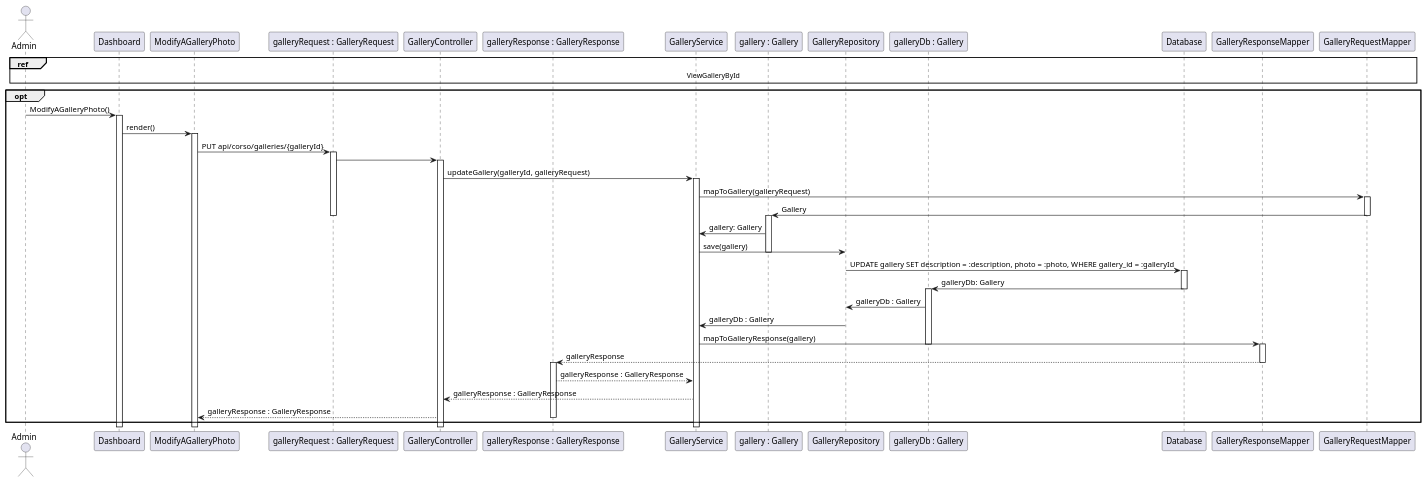
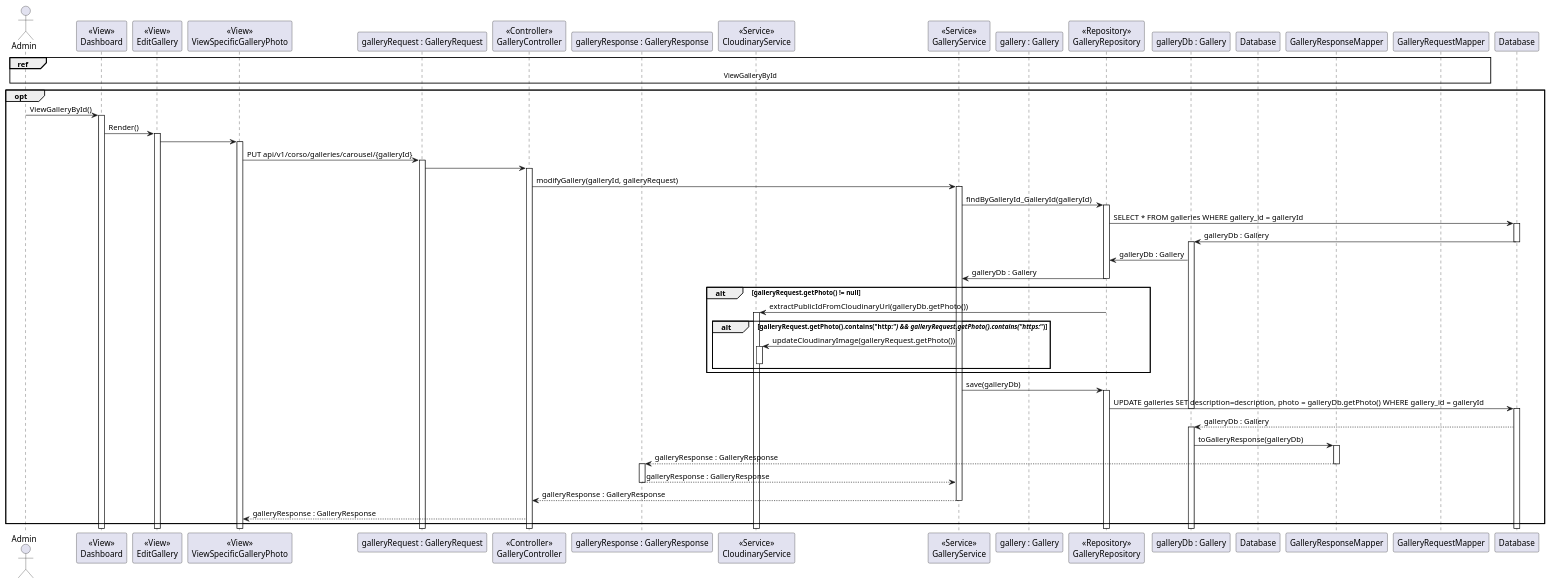
The diagram in Diagrams/LLSD/Galleries/modify_gallery_photo_llsd.puml (DylanBrass/Corso-Website), drawn with PlantUML before and after one commit. The commit also changed 2 other files, not shown here.

Commit message:
diagrams for modify gallery

```diff
--- a/Diagrams/LLSD/Galleries/modify_gallery_photo_llsd.puml
+++ b/Diagrams/LLSD/Galleries/modify_gallery_photo_llsd.puml
@@ -1,95 +1,121 @@
 @startuml
 actor Admin
 
-participant "Dashboard" as DashB
+participant "<<View>>\nDashboard" as DashB
 
-participant "ModifyAGalleryPhoto" as ModifyAGallery
+participant "<<View>>\nEditGallery" as ModifyAGallery
+
+participant "<<View>>\nViewSpecificGalleryPhoto" as ViewSpecificGalleryPhoto
 
 participant "galleryRequest : GalleryRequest" as GalleryRequest
 
-participant "GalleryController" as GalleryController
+participant "<<Controller>>\nGalleryController" as GalleryController
 
 participant "galleryResponse : GalleryResponse" as GalleryResponse
 
-participant "GalleryService" as GalleryService
+participant "<<Service>>\nCloudinaryService" as CloudinaryService
+
+participant "<<Service>>\nGalleryService" as GalleryService
 
 participant "gallery : Gallery" as Gallery
 
-participant "GalleryRepository" as GalleryRepository
+participant "<<Repository>>\nGalleryRepository" as GalleryRepository
 
 participant "galleryDb : Gallery" as GalleryDb
 
 participant "Database" as Db
 
 participant "GalleryResponseMapper" as GalleryResponseMapper
 
 participant "GalleryRequestMapper" as GalleryRequestMapper
 
-ref over Admin, DashB, ModifyAGallery, GalleryRequest, GalleryController, GalleryResponse, GalleryService, Gallery, GalleryRepository, GalleryDb, Db, GalleryResponseMapper, GalleryRequestMapper
+ref over Admin, DashB, ModifyAGallery, ViewSpecificGalleryPhoto, GalleryRequest, GalleryController, GalleryResponse, CloudinaryService, GalleryService, Gallery, GalleryRepository, GalleryDb, Db, GalleryResponseMapper, GalleryRequestMapper
     ViewGalleryById
 end ref
 
 opt
-
-Admin -> DashB: ModifyAGalleryPhoto()
+Admin -> DashB : ViewGalleryById()
 activate DashB
 
-DashB -> ModifyAGallery: render()
+DashB -> ModifyAGallery : Render()
 activate ModifyAGallery
 
-ModifyAGallery -> GalleryRequest: PUT api/corso/galleries/{galleryId}
+ModifyAGallery -> ViewSpecificGalleryPhoto
+activate ViewSpecificGalleryPhoto
+
+ViewSpecificGalleryPhoto -> GalleryRequest : PUT api/v1/corso/galleries/carousel/{galleryId}
 activate GalleryRequest
 
 GalleryRequest -> GalleryController
-
 activate GalleryController
 
-GalleryController -> GalleryService: updateGallery(galleryId, galleryRequest)
+GalleryController -> GalleryService: modifyGallery(galleryId, galleryRequest)
 activate GalleryService
 
-GalleryService -> GalleryRequestMapper: mapToGallery(galleryRequest)
-activate GalleryRequestMapper
+GalleryService -> GalleryRepository: findByGalleryId_GalleryId(galleryId)
+activate GalleryRepository
 
-GalleryRequestMapper -> Gallery: Gallery
+GalleryRepository -> Database: SELECT * FROM galleries WHERE gallery_id = galleryId
+activate Database
 
-deactivate GalleryRequest
-deactivate GalleryRequestMapper
+Database -> GalleryDb : galleryDb : Gallery
 
-activate Gallery
-
-Gallery -> GalleryService: gallery: Gallery
-
-GalleryService -> GalleryRepository: save(gallery)
-deactivate Gallery
-
-GalleryRepository -> Db: UPDATE gallery SET description = :description, photo = :photo, WHERE gallery_id = :galleryId
-activate Db
-
-Db -> GalleryDb: galleryDb: Gallery
-deactivate Db
+deactivate Database
 
 activate GalleryDb
+
 GalleryDb -> GalleryRepository : galleryDb : Gallery
 
 GalleryRepository -> GalleryService : galleryDb : Gallery
+
 deactivate GalleryRepository
 
-GalleryService -> GalleryResponseMapper: mapToGalleryResponse(gallery)
+alt galleryRequest.getPhoto() != null
+
+         GalleryRepository -> CloudinaryService : extractPublicIdFromCloudinaryUrl(galleryDb.getPhoto())
+         activate CloudinaryService
+
+    alt galleryRequest.getPhoto().contains("http://") && galleryRequest.getPhoto().contains("https://")
+        GalleryService -> CloudinaryService : updateCloudinaryImage(galleryRequest.getPhoto())
+        activate CloudinaryService
+
+        deactivate CloudinaryService
+
+    end
+
+end
+
+GalleryService -> GalleryRepository : save(galleryDb)
+
+activate GalleryRepository
+GalleryRepository -> Database : UPDATE galleries SET description=description, photo = galleryDb.getPhoto() WHERE gallery_id = galleryId
 deactivate GalleryDb
+activate Database
+
+Database --> GalleryDb : galleryDb : Gallery
+
+activate GalleryDb
+
+GalleryDb -> GalleryResponseMapper : toGalleryResponse(galleryDb)
+
 activate GalleryResponseMapper
 
-GalleryResponseMapper --> GalleryResponse: galleryResponse
+GalleryResponseMapper --> GalleryResponse : galleryResponse : GalleryResponse
+
 deactivate GalleryResponseMapper
+
 activate GalleryResponse
 
 GalleryResponse --> GalleryService : galleryResponse : GalleryResponse
 
-GalleryService --> GalleryController: galleryResponse : GalleryResponse
+deactivate GalleryResponse
 
-GalleryController --> ModifyAGallery: galleryResponse : GalleryResponse
+GalleryService --> GalleryController : galleryResponse : GalleryResponse
 
-deactivate GalleryResponse
+deactivate GalleryService
+
+GalleryController --> ViewSpecificGalleryPhoto : galleryResponse : GalleryResponse
 
 end opt
 
 @enduml
```
